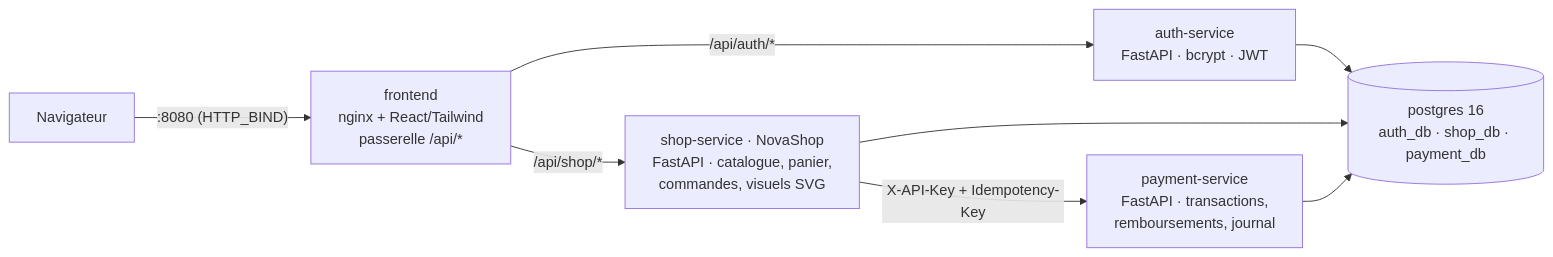
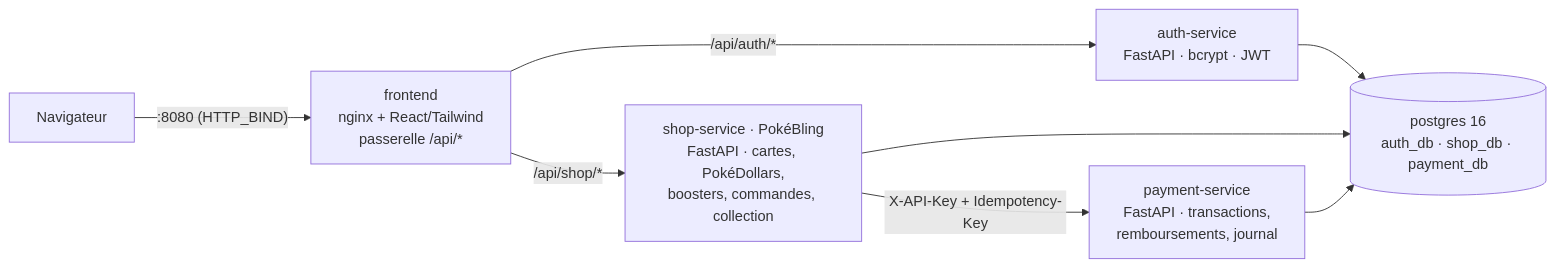
Before and after one commit to redarcepsi/workshop-novashop: the first of 3 diagrams in README.md, drawn with Mermaid. The commit also changed other lines of this file and 91 other files, not shown here.

Commit message:
Refonte de la boutique : NovaShop devient PokéBling (cartes Pokémon, PokéDollars, boosters, collection)

````diff
--- a/README.md
+++ b/README.md
@@ -30,17 +36,17 @@
 ```mermaid
 flowchart LR
     U[Navigateur] -->|":8080 (HTTP_BIND)"| F
 
     F[frontend<br/>nginx + React/Tailwind<br/>passerelle /api/*]
     A[auth-service<br/>FastAPI · bcrypt · JWT]
-    S[shop-service · NovaShop<br/>FastAPI · catalogue, panier,<br/>commandes, visuels SVG]
+    S[shop-service · PokéBling<br/>FastAPI · cartes, PokéDollars,<br/>boosters, commandes, collection]
     P[payment-service<br/>FastAPI · transactions,<br/>remboursements, journal]
     DB[(postgres 16<br/>auth_db · shop_db · payment_db)]
 
     F -->|/api/auth/*| A
     F -->|/api/shop/*| S
     S -->|"X-API-Key + Idempotency-Key"| P
     A --> DB
     S --> DB
     P --> DB
 ```
````
